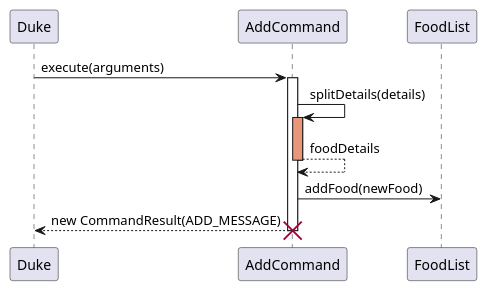
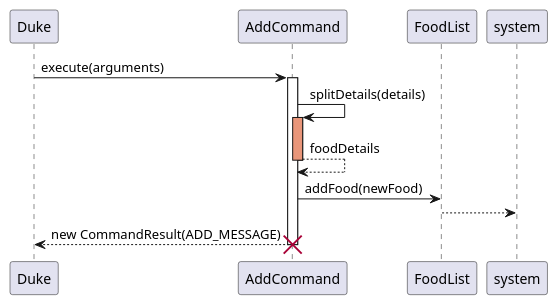
One commit to tsx0314/tp changed the diagram in docs/puml/AddCommandSequenceDiagram.puml. Above: the diagram before and after it, drawn with PlantUML. The commit also changed 5 other files, not shown here.

```diff
--- a/docs/puml/AddCommandSequenceDiagram.puml
+++ b/docs/puml/AddCommandSequenceDiagram.puml
@@ -1,23 +1,24 @@
 @startuml
 'https://plantuml.com/sequence-diagram
 
 
 participant Duke
 participant AddCommand
 participant FoodList as foodList
 
 Duke -> AddCommand: execute(arguments)
 activate AddCommand
 
 AddCommand -> AddCommand: splitDetails(details)
 activate AddCommand #DarkSalmon
 AddCommand --> AddCommand: foodDetails
 deactivate
 
 foodList <- AddCommand: addFood(newFood)
+system <-- foodList:
 Duke <-- AddCommand: new CommandResult(ADD_MESSAGE)
 deactivate
 
 destroy AddCommand
 
 @enduml
```
